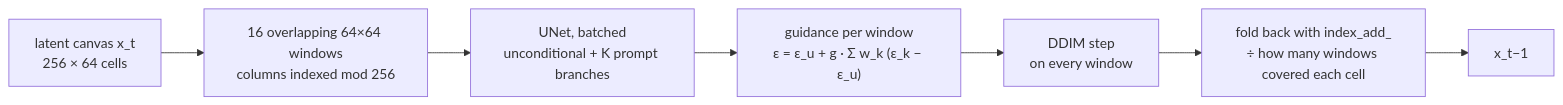
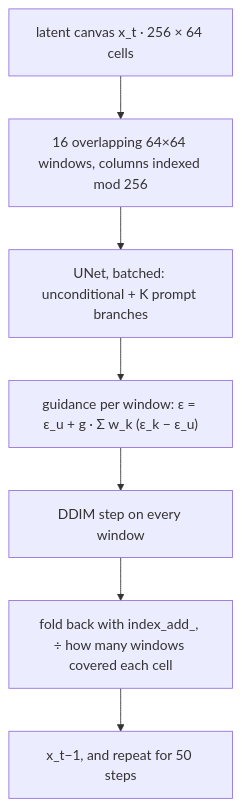
One commit to MarlenMM/theme-worlds changed the diagram in README.md. Above: the diagram before and after it, drawn with Mermaid.

Commit message:
Lay the sampler diagram out top to bottom, so it stays legible

````diff
--- a/README.md
+++ b/README.md
@@ -93,9 +93,9 @@
 ```mermaid
-flowchart LR
-    X["latent canvas x_t<br/>256 × 64 cells"] --> W["16 overlapping 64×64 windows<br/>columns indexed mod 256"]
-    W --> U["UNet, batched<br/>unconditional + K prompt branches"]
-    U --> G["guidance per window<br/>ε = ε_u + g · Σ w_k (ε_k − ε_u)"]
-    G --> D["DDIM step<br/>on every window"]
-    D --> F["fold back with index_add_<br/>÷ how many windows covered each cell"]
-    F --> X2["x_t−1"]
+flowchart TB
+    X["latent canvas x_t · 256 × 64 cells"] --> W["16 overlapping 64×64 windows, columns indexed mod 256"]
+    W --> U["UNet, batched: unconditional + K prompt branches"]
+    U --> G["guidance per window: ε = ε_u + g · Σ w_k (ε_k − ε_u)"]
+    G --> D["DDIM step on every window"]
+    D --> F["fold back with index_add_, ÷ how many windows covered each cell"]
+    F --> X2["x_t−1, and repeat for 50 steps"]
 ```
````
